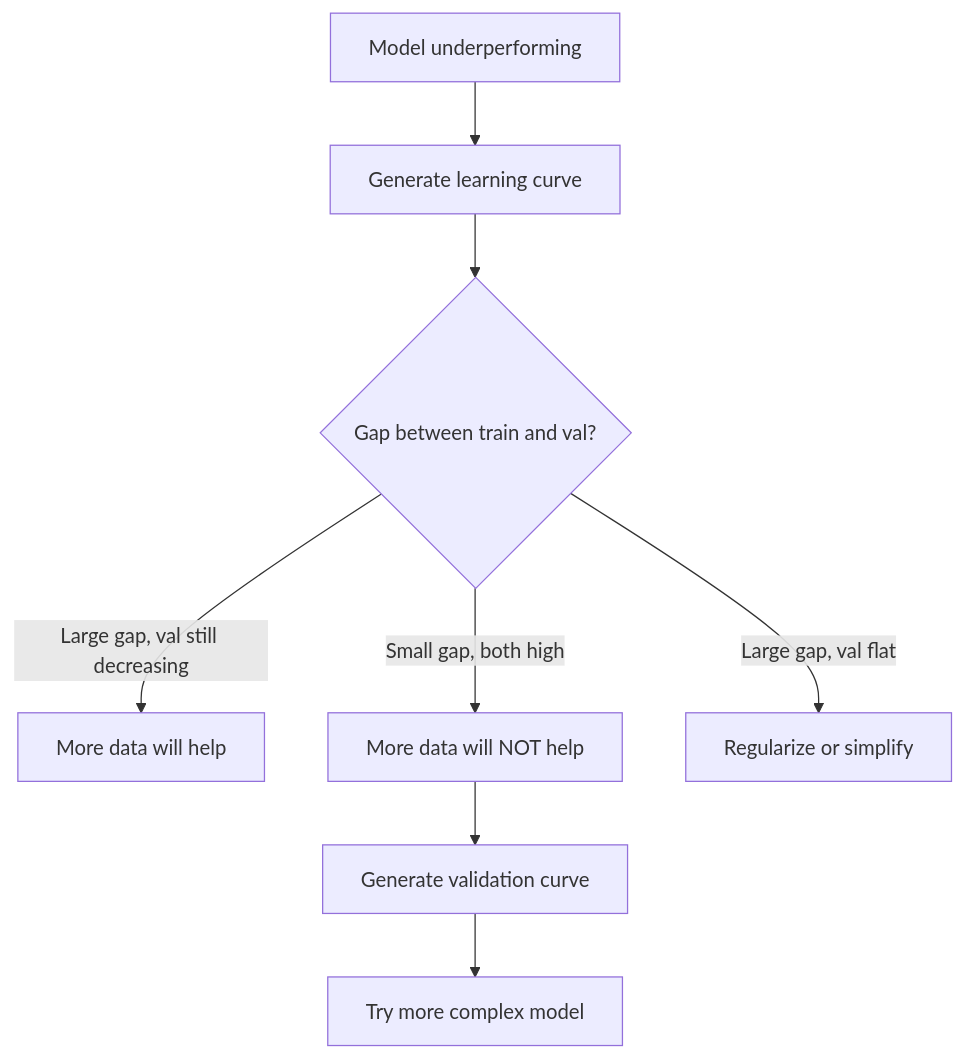
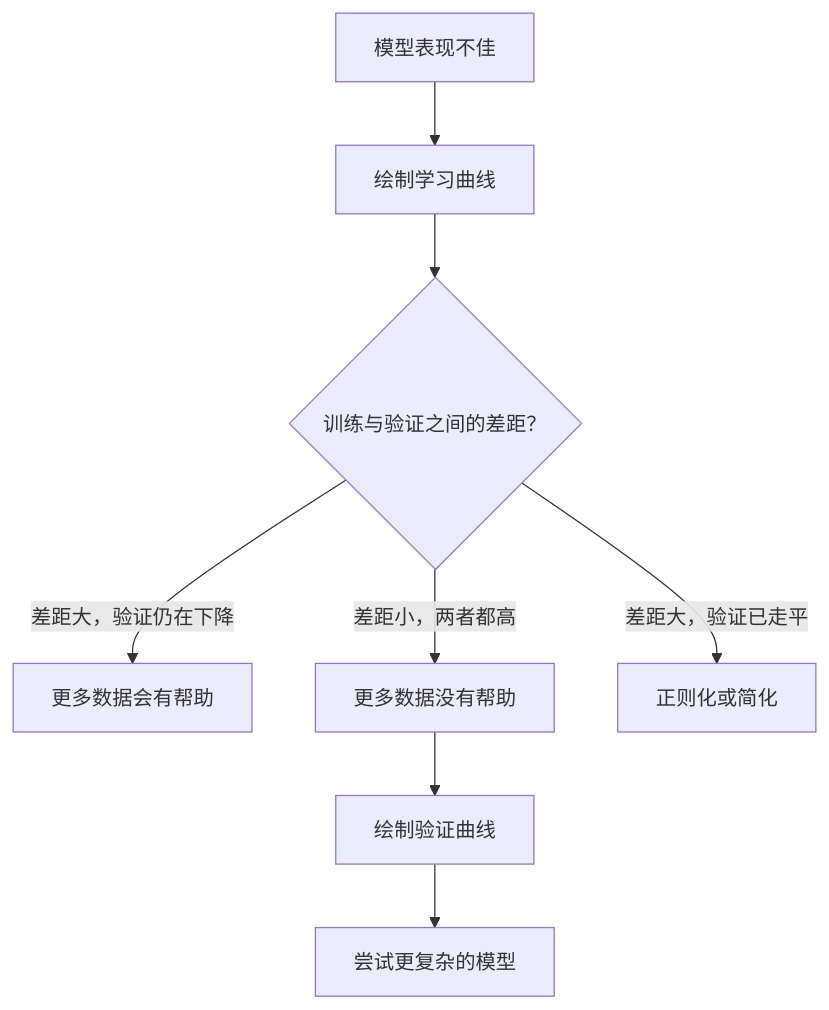
One commit to JerryC8080/ai-engineering-from-scratch-zh changed the fifth of 5 diagrams in phases/02-ml-fundamentals/10-bias-variance/docs/zh.md. Above: the diagram before and after it, drawn with Mermaid. The commit also changed other lines of this file and 156 other files, not shown here.

First line of the commit message:
i18n(zh): translate mermaid diagram labels in 157 lesson zh.md

````diff
--- a/phases/02-ml-fundamentals/10-bias-variance/docs/zh.md
+++ b/phases/02-ml-fundamentals/10-bias-variance/docs/zh.md
@@ -248,10 +248,10 @@
 ```mermaid
 flowchart TD
-    A[Model underperforming] --> B[Generate learning curve]
-    B --> C{Gap between train and val?}
-    C -->|Large gap, val still decreasing| D[More data will help]
-    C -->|Small gap, both high| E[More data will NOT help]
-    C -->|Large gap, val flat| F[Regularize or simplify]
-    E --> G[Generate validation curve]
-    G --> H[Try more complex model]
+    A[模型表现不佳] --> B[绘制学习曲线]
+    B --> C{训练与验证之间的差距？}
+    C -->|差距大，验证仍在下降| D[更多数据会有帮助]
+    C -->|差距小，两者都高| E[更多数据没有帮助]
+    C -->|差距大，验证已走平| F[正则化或简化]
+    E --> G[绘制验证曲线]
+    G --> H[尝试更复杂的模型]
 ```
````
